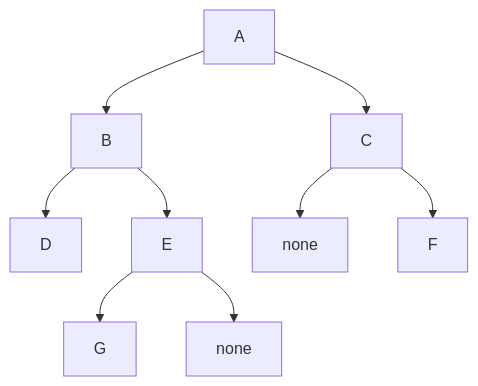
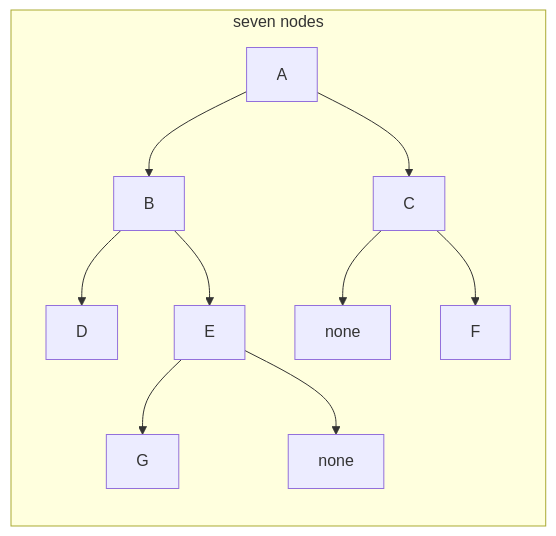
The first of 2 diagrams in guides/trees/guide.md (bkuberek/coding-study), drawn with Mermaid before and after one commit. The commit also changed other lines of this file and 27 other files, not shown here.

````diff
--- a/guides/trees/guide.md
+++ b/guides/trees/guide.md
@@ -31,13 +31,16 @@
 ```mermaid
-flowchart TD
+flowchart LR
   accTitle: A binary tree of seven nodes
   accDescr: A is the root, with left child B and right child C. B has left child D and right child E. C has no left child and has right child F. E has left child G and no right child. D, F and G are leaves.
-  A --> B
-  A --> C
-  B --> D
-  B --> E
-  C --> c0["none"]
-  C --> F
-  E --> G
-  E --> e0["none"]
+  subgraph tree["seven nodes"]
+    direction TB
+    A --> B
+    A --> C
+    B --> D
+    B --> E
+    C --> c0["none"]
+    C --> F
+    E --> G
+    E --> e0["none"]
+  end
 ```
````
